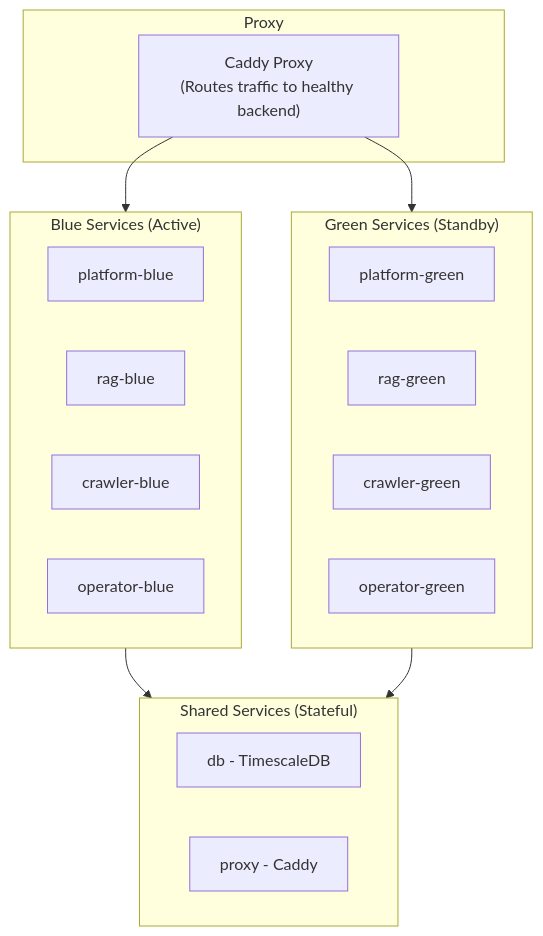
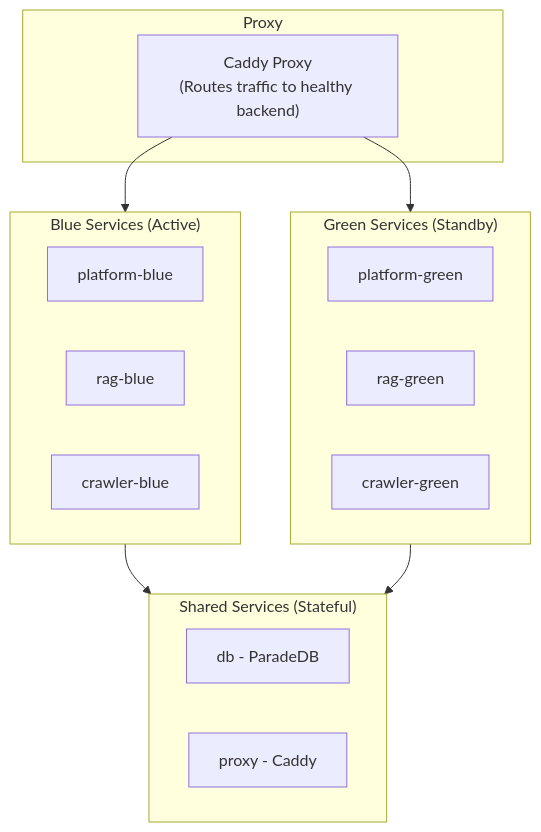
One commit to tale-project/tale changed the diagram in docs/overview.md. Above: the diagram before and after it, drawn with Mermaid. The commit also changed other lines of this file and 15 other files, not shown here.

````diff
--- a/docs/overview.md
+++ b/docs/overview.md
@@ -23,30 +22,28 @@
 ```mermaid
 graph TD
     subgraph Proxy
         Caddy["Caddy Proxy<br/>(Routes traffic to healthy backend)"]
     end
 
     subgraph Blue["Blue Services (Active)"]
         PB[platform-blue]
         RB[rag-blue]
         CB[crawler-blue]
-        OB[operator-blue]
     end
 
     subgraph Green["Green Services (Standby)"]
         PG[platform-green]
         RG[rag-green]
         CG[crawler-green]
-        OG[operator-green]
     end
 
     subgraph Shared["Shared Services (Stateful)"]
-        DB[db - TimescaleDB]
+        DB[db - ParadeDB]
         PR[proxy - Caddy]
     end
 
     Caddy --> Blue
     Caddy --> Green
     Blue --> Shared
     Green --> Shared
 ```
````
